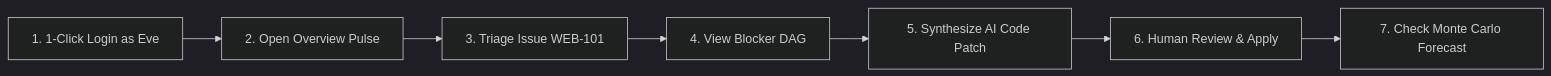
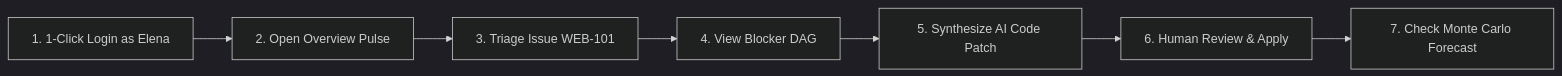
Before and after one commit to Simondavid07/bugforge: the first of 2 diagrams in README.md, drawn with Mermaid (dark theme). The commit also changed other lines of this file and 6 other files, not shown here.

````diff
--- a/README.md
+++ b/README.md
@@ -114,9 +114,9 @@
 ```mermaid
 flowchart LR
-  A[1. 1-Click Login as Eve] --> B[2. Open Overview Pulse]
+  A[1. 1-Click Login as Elena] --> B[2. Open Overview Pulse]
   B --> C[3. Triage Issue WEB-101]
   C --> D[4. View Blocker DAG]
   D --> E[5. Synthesize AI Code Patch]
   E --> F[6. Human Review & Apply]
   F --> G[7. Check Monte Carlo Forecast]
 ```
````
